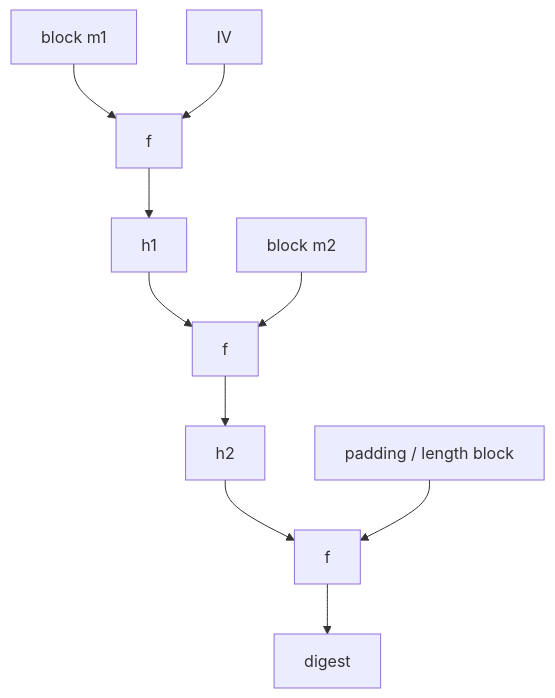
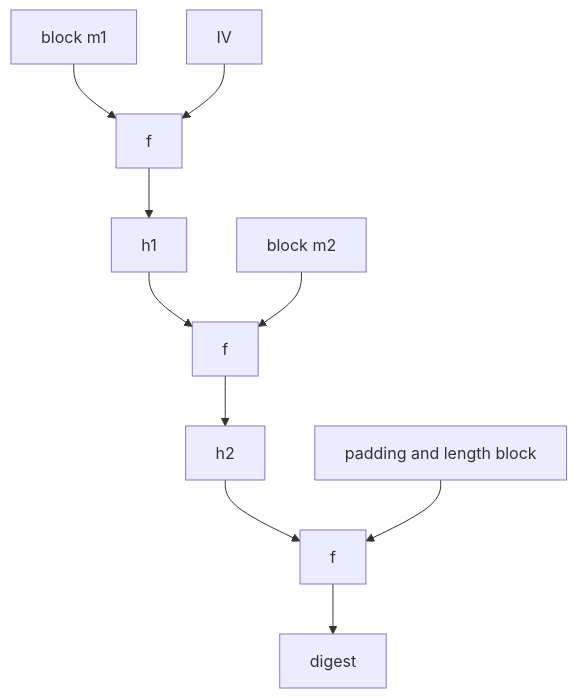
One commit to justinbrianhwang/SJ-wiki changed the diagram in docs/cs/cryptography/hash-functions-random-oracles.md. Above: the diagram before and after it, drawn with Mermaid. The commit also changed other lines of this file and 955 other files, not shown here.

````diff
--- a/docs/cs/cryptography/hash-functions-random-oracles.md
+++ b/docs/cs/cryptography/hash-functions-random-oracles.md
@@ -84,12 +46,12 @@
 ```mermaid
 flowchart TD
-  M1[block m1] --> C1[f]
-  IV[IV] --> C1
-  C1 --> H1[h1]
-  H1 --> C2[f]
-  M2[block m2] --> C2
-  C2 --> H2[h2]
-  H2 --> C3[f]
-  M3[padding / length block] --> C3
-  C3 --> D[digest]
+  M1["block m1"] --> C1["f"]
+  IV["IV"] --> C1
+  C1 --> H1["h1"]
+  H1 --> C2["f"]
+  M2["block m2"] --> C2
+  C2 --> H2["h2"]
+  H2 --> C3["f"]
+  M3["padding and length block"] --> C3
+  C3 --> D["digest"]
 ```
````
